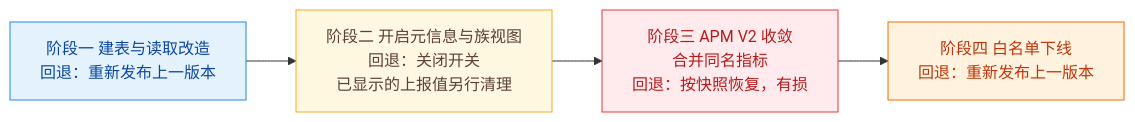
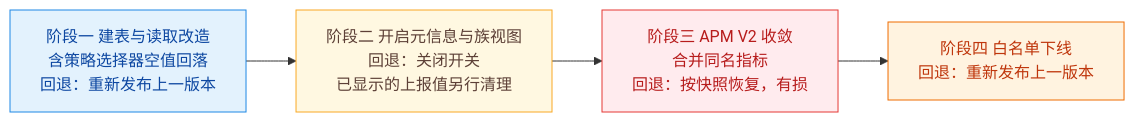
Before and after one commit to ZhuoZhuoCrayon/ai-workspace: the first of 34 diagrams in knowledge/bkmonitor/issues/2026-09-15-custom-metric-metadata/PLAN.md, drawn with Mermaid. The commit also changed other lines of this file and 4 other files, not shown here.

````diff
--- a/knowledge/bkmonitor/issues/2026-09-15-custom-metric-metadata/PLAN.md
+++ b/knowledge/bkmonitor/issues/2026-09-15-custom-metric-metadata/PLAN.md
@@ -65,15 +61,15 @@
 ```mermaid
 flowchart LR
-    P1["阶段一 建表与读取改造<br/>回退：重新发布上一版本"] --> P2["阶段二 开启元信息与族视图<br/>回退：关闭开关<br/>已显示的上报值另行清理"]
+    P1["阶段一 建表与读取改造<br/>含策略选择器空值回落<br/>回退：重新发布上一版本"] --> P2["阶段二 开启元信息与族视图<br/>回退：关闭开关<br/>已显示的上报值另行清理"]
     P2 --> P3["阶段三 APM V2 收敛<br/>合并同名指标<br/>回退：按快照恢复，有损"]
     P3 --> P4["阶段四 白名单下线<br/>回退：重新发布上一版本"]
 
     classDef safe fill:#e3f2fd,stroke:#1e88e5,color:#0d47a1
     classDef switch fill:#fff8e1,stroke:#f9a825,color:#5d4037
     classDef lossy fill:#ffebee,stroke:#e53935,color:#b71c1c
     classDef redeploy fill:#fff3e0,stroke:#ef6c00,color:#bf360c
     class P1 safe
     class P2 switch
     class P3 lossy
     class P4 redeploy
 ```
````
